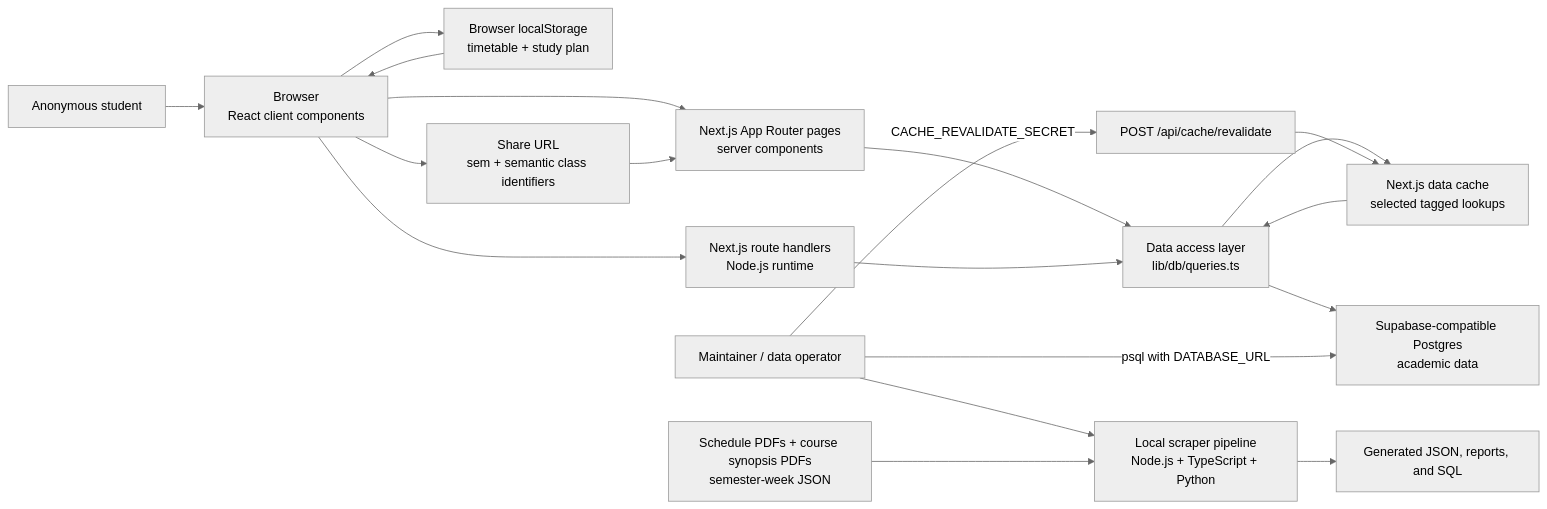
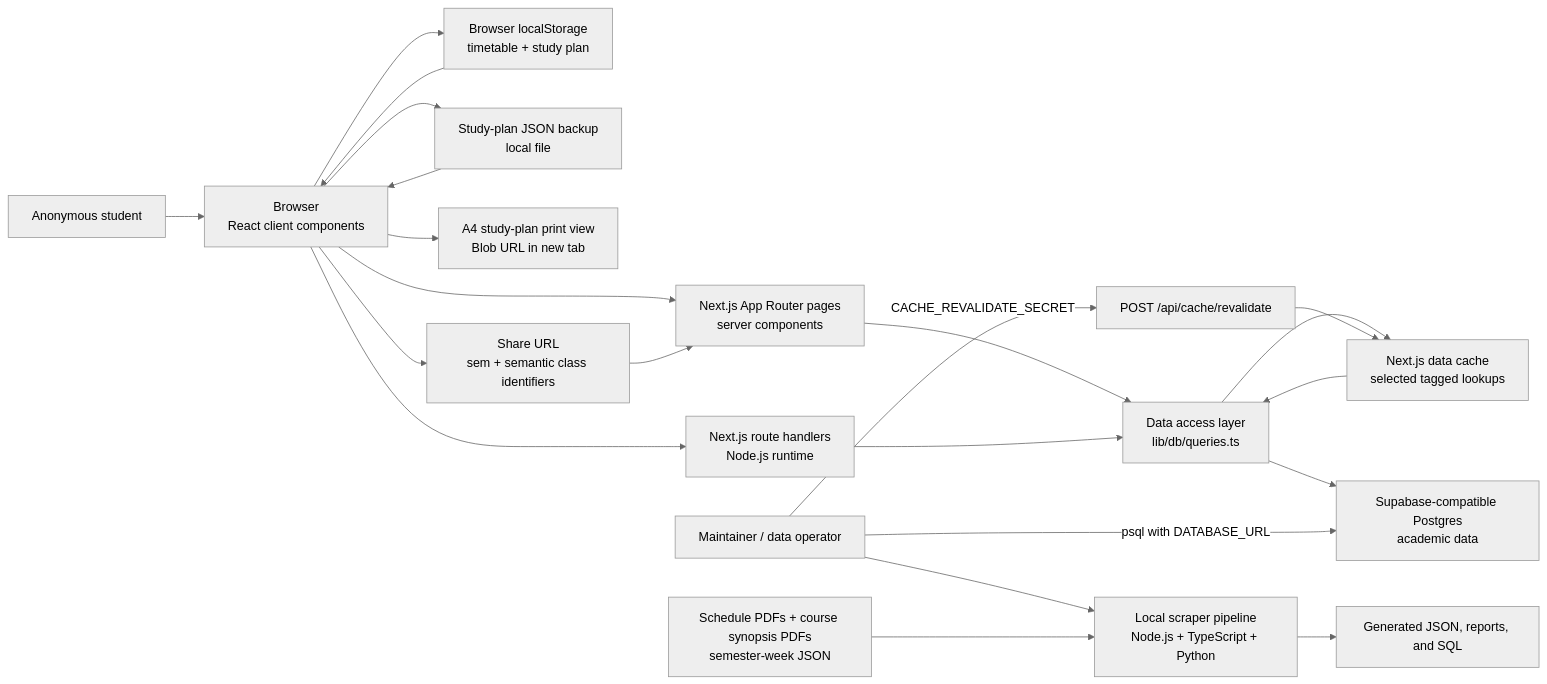
One commit to lester-td/SUSSplanner changed the first of 13 diagrams in docs/DeveloperGuide.md. Above: the diagram before and after it, drawn with Mermaid (neutral theme). The commit also changed other lines of this file, not shown here.

````diff
--- a/docs/DeveloperGuide.md
+++ b/docs/DeveloperGuide.md
@@ -39,37 +42,42 @@
 ```mermaid
 flowchart LR
     User["Anonymous student"]
     Maintainer["Maintainer / data operator"]
     Browser["Browser<br/>React client components"]
     LocalStorage["Browser localStorage<br/>timetable + study plan"]
+    StudyPlanBackup["Study-plan JSON backup<br/>local file"]
+    StudyPlanPrint["A4 study-plan print view<br/>Blob URL in new tab"]
     ShareURL["Share URL<br/>sem + semantic class identifiers"]
     NextPages["Next.js App Router pages<br/>server components"]
     API["Next.js route handlers<br/>Node.js runtime"]
     DAL["Data access layer<br/>lib/db/queries.ts"]
     Cache["Next.js data cache<br/>selected tagged lookups"]
     DB["Supabase-compatible Postgres<br/>academic data"]
     Sources["Schedule PDFs + course synopsis PDFs<br/>semester-week JSON"]
     Scraper["Local scraper pipeline<br/>Node.js + TypeScript + Python"]
     SQL["Generated JSON, reports, and SQL"]
     Revalidate["POST /api/cache/revalidate"]
 
     User --> Browser
     Browser --> LocalStorage
     LocalStorage --> Browser
+    Browser --> StudyPlanBackup
+    StudyPlanBackup --> Browser
+    Browser --> StudyPlanPrint
     Browser --> NextPages
     Browser --> ShareURL
     ShareURL --> NextPages
     Browser --> API
     NextPages --> DAL
     API --> DAL
     DAL --> Cache
     Cache --> DAL
     DAL --> DB
 
     Maintainer --> Scraper
     Sources --> Scraper
     Scraper --> SQL
     Maintainer -->|"psql with DATABASE_URL"| DB
     Maintainer -->|"CACHE_REVALIDATE_SECRET"| Revalidate
     Revalidate --> Cache
 ```
````
